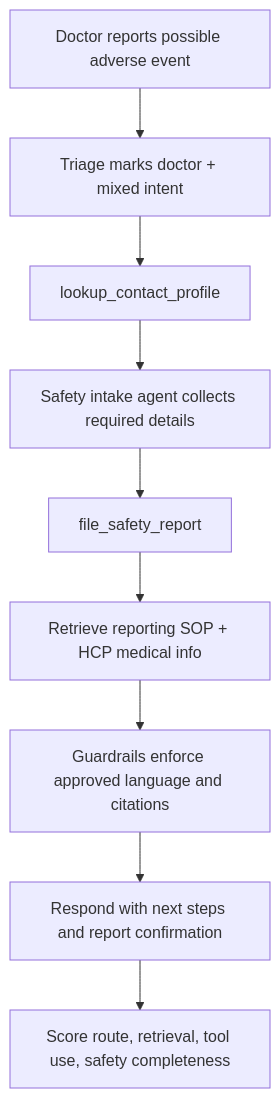
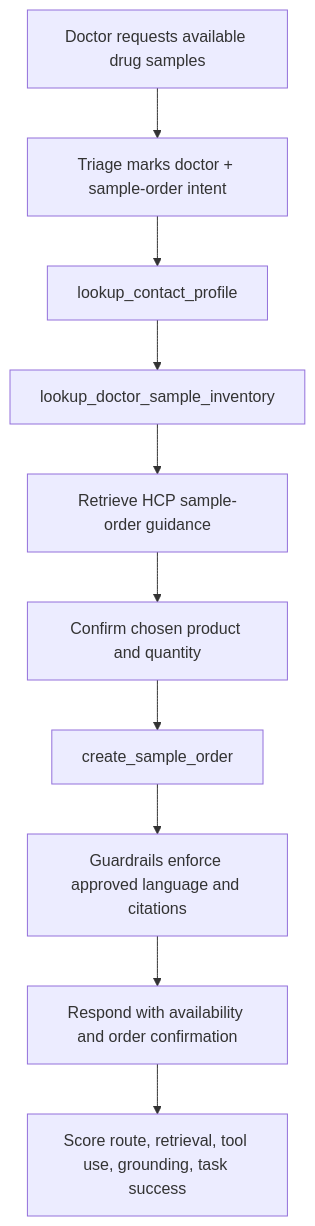
The second of 3 diagrams in docs/flow-diagrams.md (V0xP0p/call-center-example-case), drawn with Mermaid before and after one commit. The commit also changed other lines of this file and 22 other files, not shown here.

Commit message:
Update flagship flow for doctor sample orders

````diff
--- a/docs/flow-diagrams.md
+++ b/docs/flow-diagrams.md
@@ -31,11 +31,12 @@
 ```mermaid
 flowchart TD
-    A["Doctor reports possible adverse event"] --> B["Triage marks doctor + mixed intent"]
+    A["Doctor requests available drug samples"] --> B["Triage marks doctor + sample-order intent"]
     B --> C["lookup_contact_profile"]
-    C --> D["Safety intake agent collects required details"]
-    D --> E["file_safety_report"]
-    E --> F["Retrieve reporting SOP + HCP medical info"]
-    F --> G["Guardrails enforce approved language and citations"]
-    G --> H["Respond with next steps and report confirmation"]
-    H --> I["Score route, retrieval, tool use, safety completeness"]
+    C --> D["lookup_doctor_sample_inventory"]
+    D --> E["Retrieve HCP sample-order guidance"]
+    E --> F["Confirm chosen product and quantity"]
+    F --> G["create_sample_order"]
+    G --> H["Guardrails enforce approved language and citations"]
+    H --> I["Respond with availability and order confirmation"]
+    I --> J["Score route, retrieval, tool use, grounding, task success"]
 ```
````
